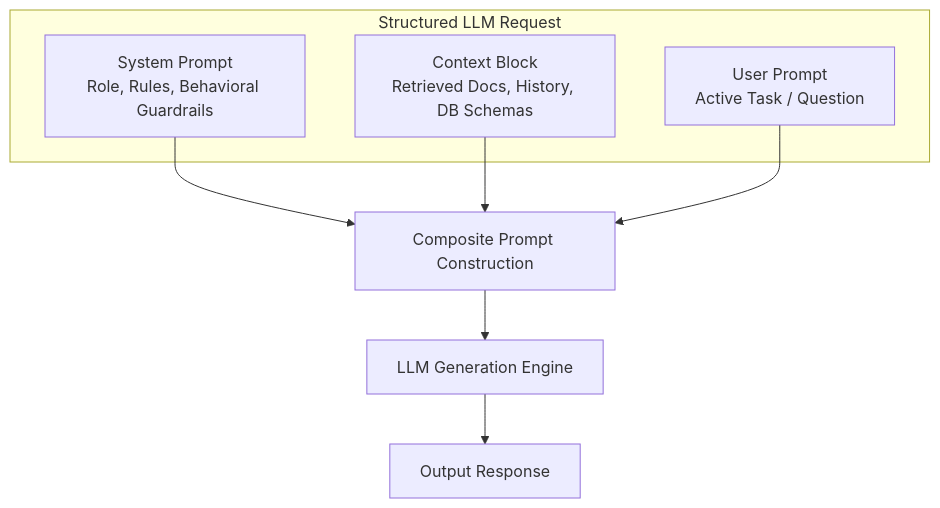
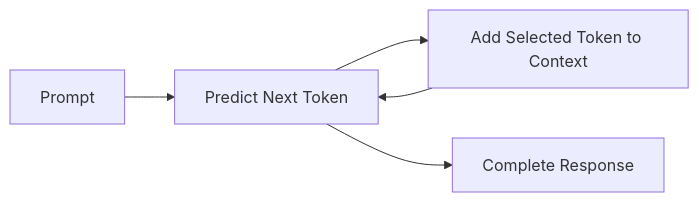
One commit to rohanhrk/data-engineering-notes-2026 changed diagram 18 of 31 in Module_07-AI Fundamentals For DE/Class 1 - AI Fundamentals/AI_Fundamentals_For_Data_Engineering.md. Above: the diagram before and after it, drawn with Mermaid. The commit also changed other lines of this file and 3 other files, not shown here.

````diff
--- a/Module_07-AI Fundamentals For DE/Class 1 - AI Fundamentals/AI_Fundamentals_For_Data_Engineering.md
+++ b/Module_07-AI Fundamentals For DE/Class 1 - AI Fundamentals/AI_Fundamentals_For_Data_Engineering.md
@@ -424,14 +709,7 @@
-```mermaid
-flowchart TD
-    subgraph Structured LLM Request
-        A[System Prompt<br/>Role, Rules, Behavioral Guardrails]
-        B[Context Block<br/>Retrieved Docs, History, DB Schemas]
-        C[User Prompt<br/>Active Task / Question]
-    end
-
-    A --> D[Composite Prompt Construction]
-    B --> D
-    C --> D
-    D --> E[LLM Generation Engine]
-    E --> F[Output Response]
+``` mermaid
+flowchart LR
+    A[Prompt] --> B[Predict Next Token]
+    B --> C[Add Selected Token to Context]
+    C --> B
+    B --> D[Complete Response]
 ```
````
